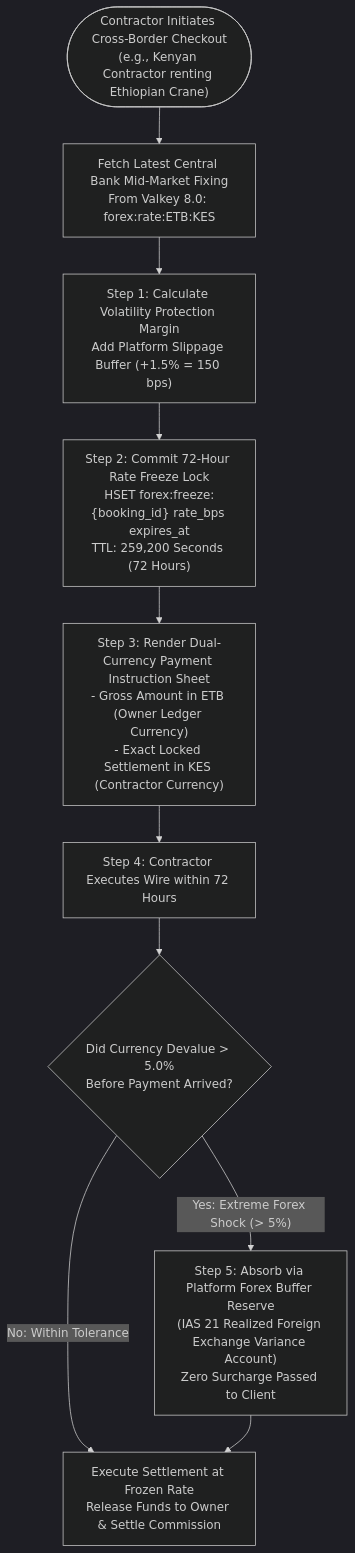
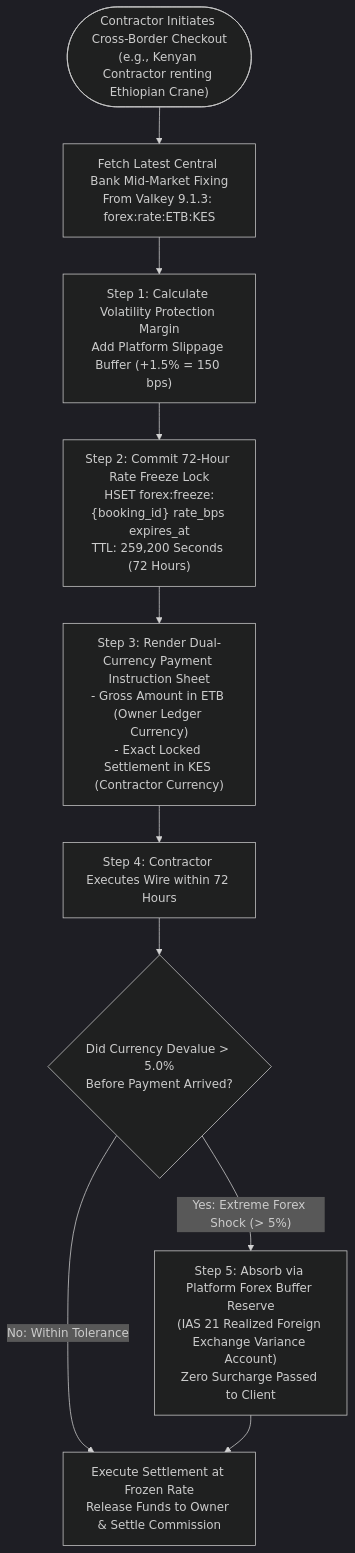
Before and after one commit to YDink/Heavy-Machinery-Logistics-Rental: the first of 4 diagrams in docs/shared/requirements/07-08-multi-region-multi-currency.md, drawn with Mermaid (dark theme). The commit also changed other lines of this file and 212 other files, not shown here.

````diff
--- a/docs/shared/requirements/07-08-multi-region-multi-currency.md
+++ b/docs/shared/requirements/07-08-multi-region-multi-currency.md
@@ -207,20 +207,20 @@
 ```mermaid
 flowchart TD
-    InitCheckout(["Contractor Initiates Cross-Border Checkout<br/>(e.g., Kenyan Contractor renting Ethiopian Crane)"]) --> FetchForex["Fetch Latest Central Bank Mid-Market Fixing<br/>From Valkey 8.0: forex:rate:ETB:KES"]
+    InitCheckout(["Contractor Initiates Cross-Border Checkout<br/>(e.g., Kenyan Contractor renting Ethiopian Crane)"]) --> FetchForex["Fetch Latest Central Bank Mid-Market Fixing<br/>From Valkey 9.1.3: forex:rate:ETB:KES"]
     
     FetchForex --> AddBuffer["Step 1: Calculate Volatility Protection Margin<br/>Add Platform Slippage Buffer (+1.5% = 150 bps)"]
     
     AddBuffer --> FreezeRate["Step 2: Commit 72-Hour Rate Freeze Lock<br/>HSET forex:freeze:{booking_id} rate_bps expires_at<br/>TTL: 259,200 Seconds (72 Hours)"]
     
     FreezeRate --> IssuePaymentSheet["Step 3: Render Dual-Currency Payment Instruction Sheet<br/>- Gross Amount in ETB (Owner Ledger Currency)<br/>- Exact Locked Settlement in KES (Contractor Currency)"]
     
     IssuePaymentSheet --> AwaitPayment["Step 4: Contractor Executes Wire within 72 Hours"]
     
     AwaitPayment --> CheckSlippage{"Did Currency Devalue > 5.0%<br/>Before Payment Arrived?"}
     
     CheckSlippage -->|"No: Within Tolerance"| SettleBooking["Execute Settlement at Frozen Rate<br/>Release Funds to Owner & Settle Commission"]
     
     CheckSlippage -->|"Yes: Extreme Forex Shock (> 5%)"| VolatilityCoverage["Step 5: Absorb via Platform Forex Buffer Reserve<br/>(IAS 21 Realized Foreign Exchange Variance Account)<br/>Zero Surcharge Passed to Client"]
     
     VolatilityCoverage --> SettleBooking
 ```
````
